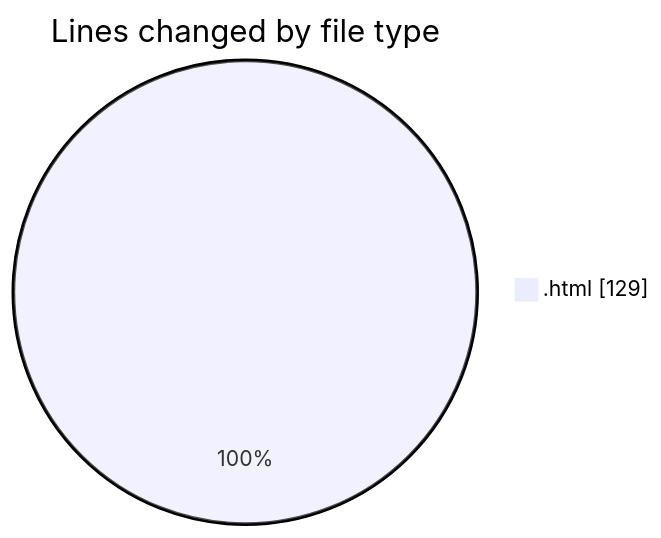
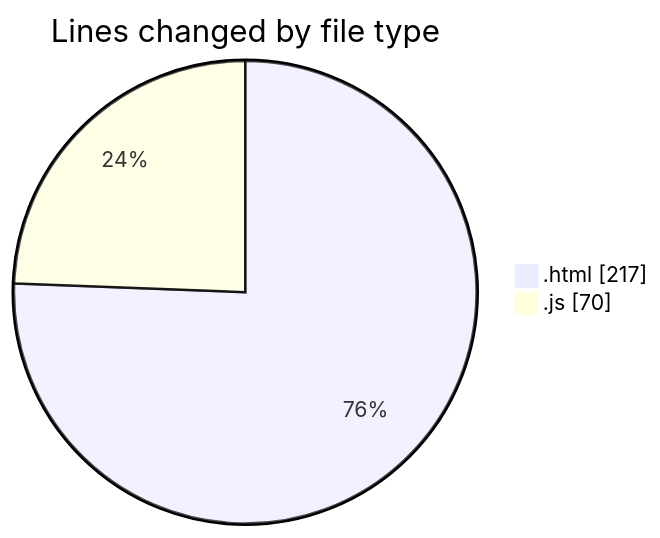
Before and after one commit to nxtqubesakshisongat/code-tracking: the first of 2 diagrams in 2025-10-25/javacript/README.md, drawn with Mermaid. The commit also changed other lines of this file and 1 other file, not shown here.

````diff
--- a/2025-10-25/javacript/README.md
+++ b/2025-10-25/javacript/README.md
@@ -20,5 +22,6 @@
 ```mermaid
 pie showData
 title Lines changed by file type
-".html" : 129
+".html" : 217
+".js" : 70
 ```
````
